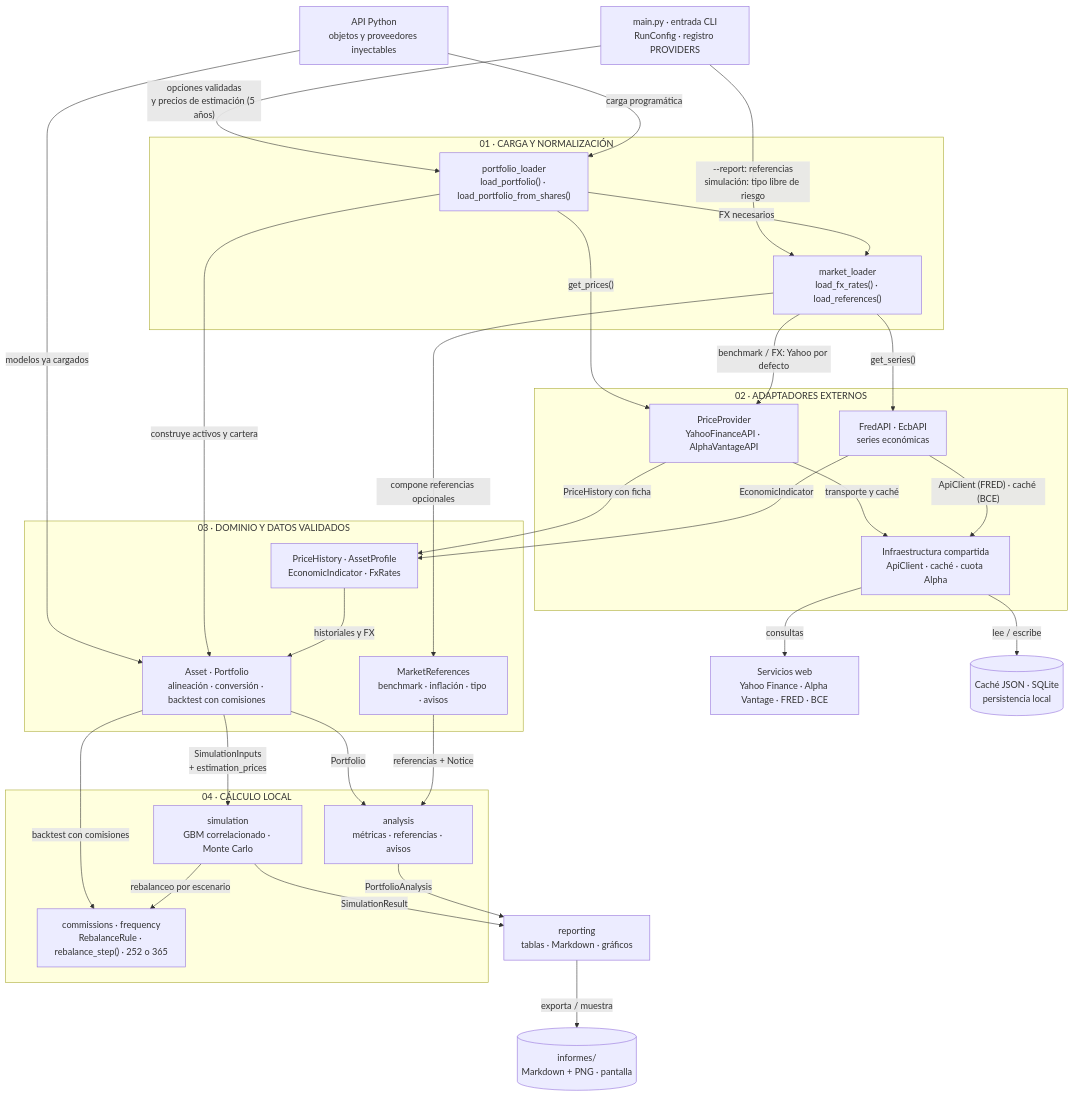
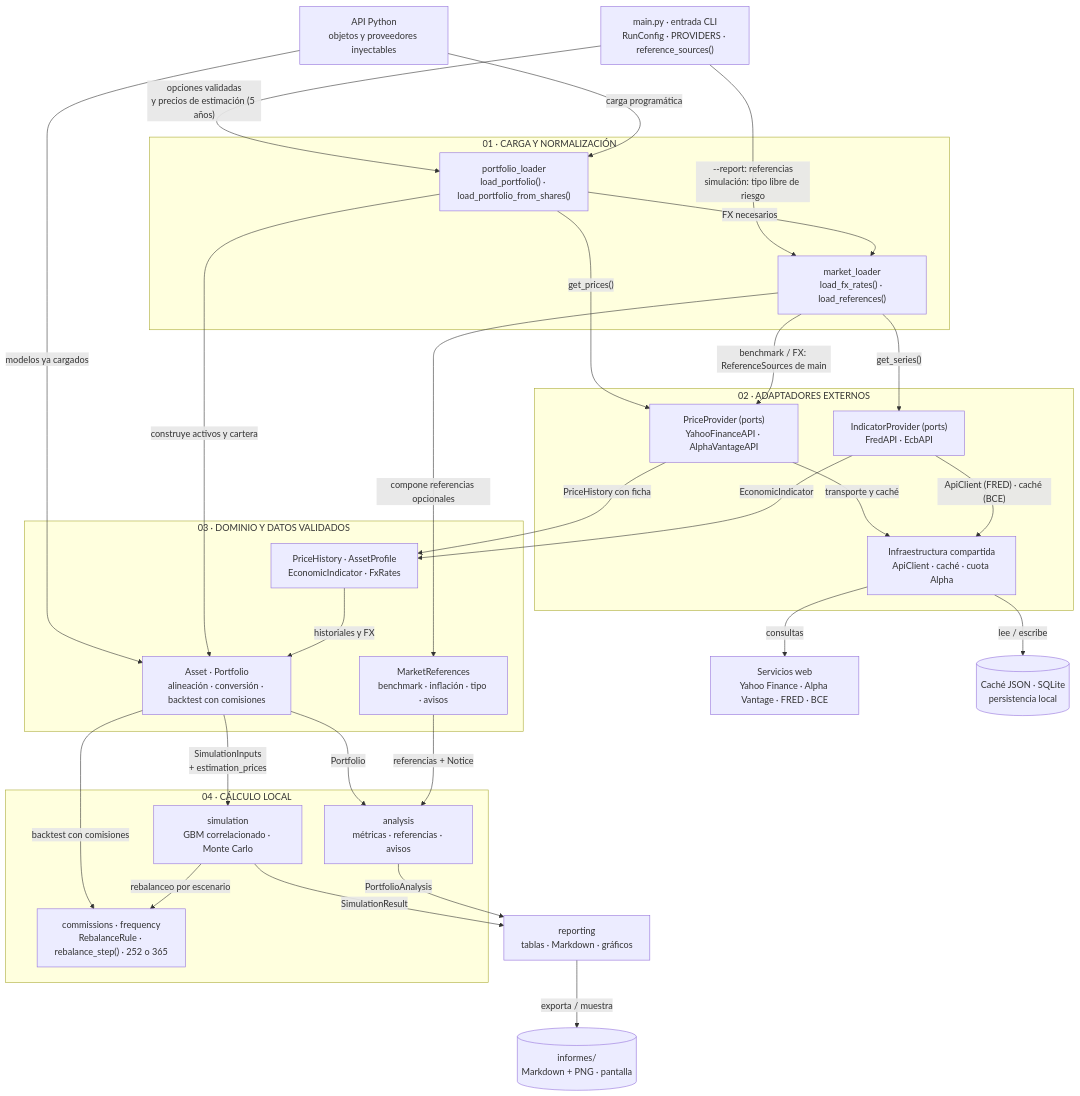
The diagram in diagramas/01-arquitectura.mmd (Diegopasfer1909/tallerb1-t1-equipo7), drawn with Mermaid before and after one commit. The commit also changed 34 other files, not shown here.

First line of the commit message:
Puertos de la entrada de datos en el núcleo y adaptadores creados solo en main

```diff
--- a/diagramas/01-arquitectura.mmd
+++ b/diagramas/01-arquitectura.mmd
@@ -1,60 +1,60 @@
 %% Componentes y responsabilidades: flechas de llamada/entrega, no de importación.
-%% Las fuentes auxiliares son las predeterminadas de CLI; Python admite inyección.
+%% Los cargadores reciben las fuentes por los puertos de ports; solo main crea adaptadores.
 %%{init: {"flowchart":{"curve":"basis","nodeSpacing":35,"rankSpacing":55}}}%%
 flowchart TB
     accTitle: B1-T1 · Arquitectura del sistema
     accDescr: Orquestación, adaptadores, dominio, cálculo y presentación.
-    CLI["main.py · entrada CLI<br/>RunConfig · registro PROVIDERS"]
+    CLI["main.py · entrada CLI<br/>RunConfig · PROVIDERS · reference_sources()"]
     PY["API Python<br/>objetos y proveedores inyectables"]
     subgraph LOAD["01 · CARGA Y NORMALIZACIÓN"]
         PL["portfolio_loader<br/>load_portfolio() · load_portfolio_from_shares()"]
         ML["market_loader<br/>load_fx_rates() · load_references()"]
     end
     subgraph ADAPTERS["02 · ADAPTADORES EXTERNOS"]
-        PRICE["PriceProvider<br/>YahooFinanceAPI · AlphaVantageAPI"]
-        FRED["FredAPI · EcbAPI<br/>series económicas"]
+        PRICE["PriceProvider (ports)<br/>YahooFinanceAPI · AlphaVantageAPI"]
+        FRED["IndicatorProvider (ports)<br/>FredAPI · EcbAPI"]
         SUPPORT["Infraestructura compartida<br/>ApiClient · caché · cuota Alpha"]
     end
     subgraph DOMAIN["03 · DOMINIO Y DATOS VALIDADOS"]
         MARKET["PriceHistory · AssetProfile<br/>EconomicIndicator · FxRates"]
         PORT["Asset · Portfolio<br/>alineación · conversión · backtest con comisiones"]
         REF["MarketReferences<br/>benchmark · inflación · tipo · avisos"]
     end
     subgraph COMPUTE["04 · CÁLCULO LOCAL"]
         SIM["simulation<br/>GBM correlacionado · Monte Carlo"]
         ANA["analysis<br/>métricas · referencias · avisos"]
         COMM["commissions · frequency<br/>RebalanceRule · rebalance_step() · 252 o 365"]
     end
     REP["reporting<br/>tablas · Markdown · gráficos"]
     NET["Servicios web<br/>Yahoo Finance · Alpha Vantage · FRED · BCE"]
     DISK[("Caché JSON · SQLite<br/>persistencia local")]
     OUTPUT[("informes/<br/>Markdown + PNG · pantalla")]
     CLI -->|"opciones validadas<br/>y precios de estimación (5 años)"| PL
     CLI -->|"--report: referencias<br/>simulación: tipo libre de riesgo"| ML
     PY -->|"carga programática"| PL
     PY -->|"modelos ya cargados"| PORT
     PL -->|"FX necesarios"| ML
     PL -->|"get_prices()"| PRICE
-    ML -->|"benchmark / FX: Yahoo por defecto"| PRICE
+    ML -->|"benchmark / FX: ReferenceSources de main"| PRICE
     ML -->|"get_series()"| FRED
     PRICE -->|"transporte y caché"| SUPPORT
     FRED -->|"ApiClient (FRED) · caché (BCE)"| SUPPORT
     SUPPORT -->|"consultas"| NET
     SUPPORT -->|"lee / escribe"| DISK
     PRICE -->|"PriceHistory con ficha"| MARKET
     FRED -->|"EconomicIndicator"| MARKET
     PL -->|"construye activos y cartera"| PORT
     MARKET -->|"historiales y FX"| PORT
     ML -->|"compone referencias opcionales"| REF
     PORT -->|"SimulationInputs<br/>+ estimation_prices"| SIM
     PORT -->|"backtest con comisiones"| COMM
     SIM -->|"rebalanceo por escenario"| COMM
     PORT -->|"Portfolio"| ANA
     REF -->|"referencias + Notice"| ANA
     SIM -->|"SimulationResult"| REP
     ANA -->|"PortfolioAnalysis"| REP
     REP -->|"exporta / muestra"| OUTPUT
 %% Yahoo usa yfinance y las funciones de caché, no ApiClient.
 %% Alpha y FRED usan ApiClient; solo Alpha instala callbacks de cuota. EcbAPI usa curl_cffi y la caché.
 %% commissions aplica la misma RebalanceRule al backtest histórico y a Monte Carlo.
 %% El cálculo no descarga; reporting sí realiza E/S al exportar o mostrar.
```
